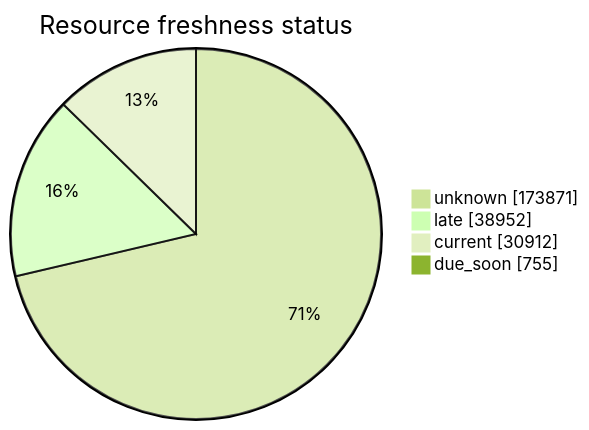
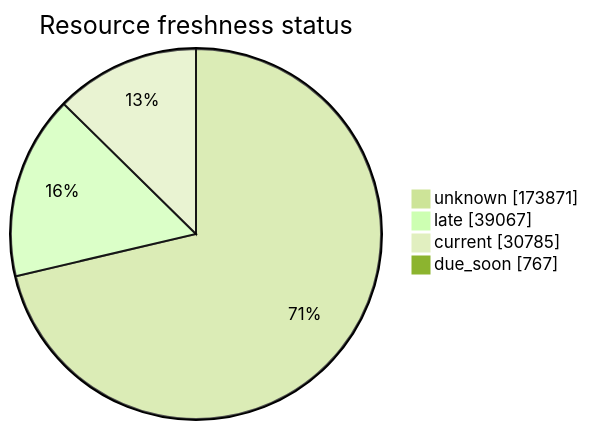
Before and after one commit to open-data/analytics-corporate-reporting: the third of 5 diagrams in FreshCheck/README.md, drawn with Mermaid (forest theme). The commit also changed other lines of this file and 3 other files, not shown here.

````diff
--- a/FreshCheck/README.md
+++ b/FreshCheck/README.md
@@ -77,7 +77,7 @@
 ```mermaid
 pie showData title Resource freshness status
     "unknown": 173871
-    "late": 38952
-    "current": 30912
-    "due_soon": 755
+    "late": 39067
+    "current": 30785
+    "due_soon": 767
 ```
````
